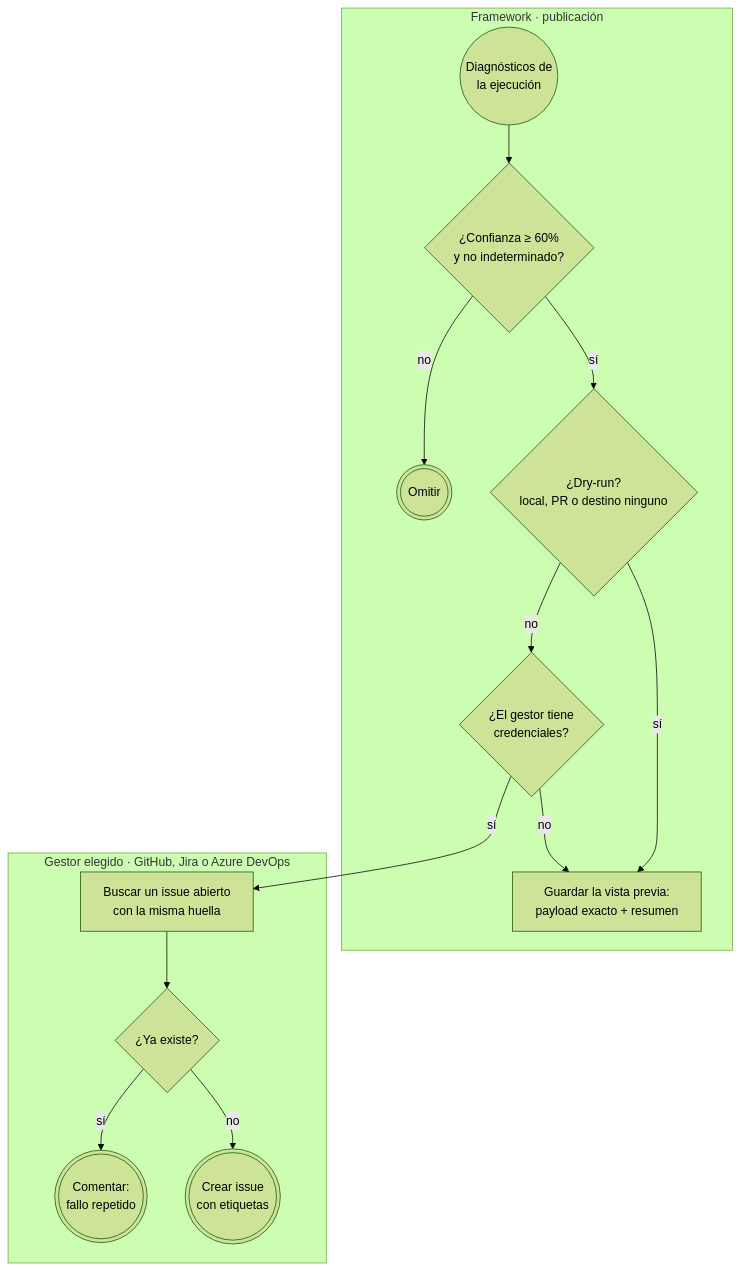
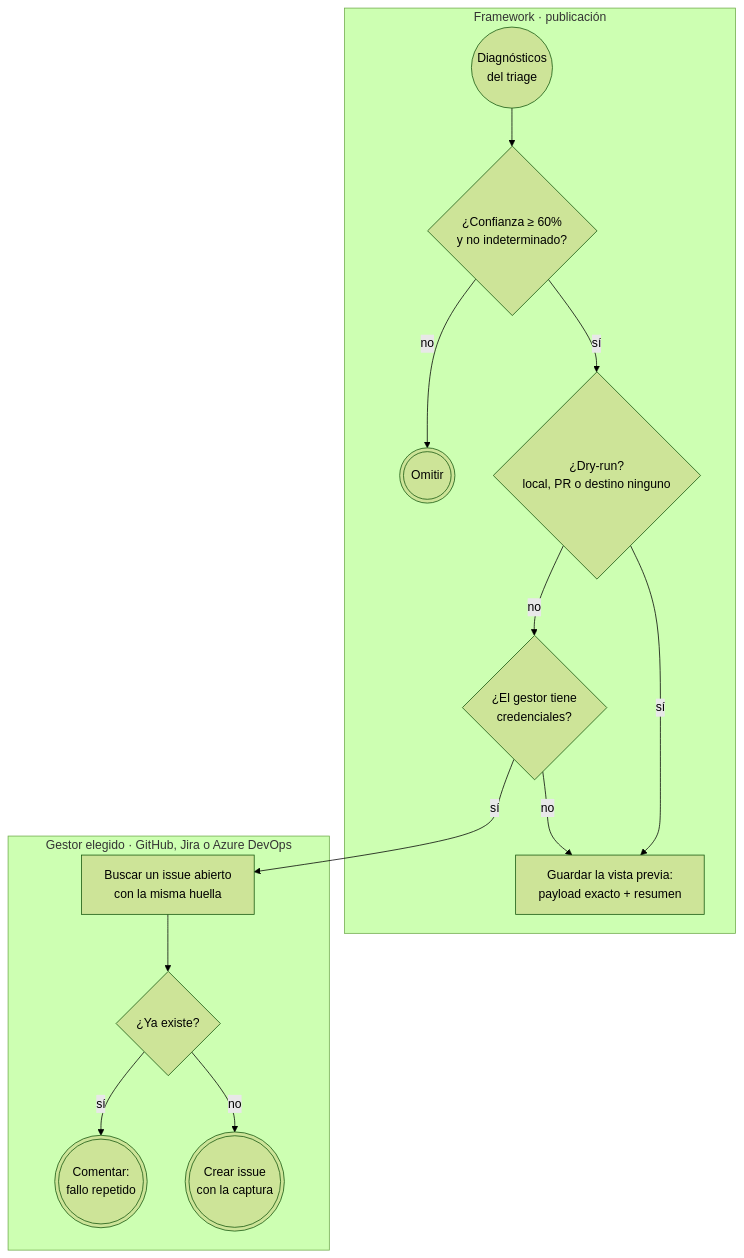
The third of 4 diagrams in README.md (pgp-qa-automation-labs/poc-selenium-cucumber), drawn with Mermaid (forest theme) before and after one commit. The commit also changed other lines of this file and 32 other files, not shown here.

First line of the commit message:
Pipeline modular de triage: evidencia, reintento, agrupación con tope y captura en los issues

````diff
--- a/README.md
+++ b/README.md
@@ -131,24 +146,24 @@
 ```mermaid
 flowchart TD
     subgraph FW["Framework · publicación"]
-        INI((Diagnósticos de<br/>la ejecución)) --> CONF{"¿Confianza ≥ 60%<br/>y no indeterminado?"}
+        INI((Diagnósticos<br/>del triage)) --> CONF{"¿Confianza ≥ 60%<br/>y no indeterminado?"}
         OMIT(((Omitir)))
         DRY{"¿Dry-run?<br/>local, PR o destino ninguno"}
         PREV["Guardar la vista previa:<br/>payload exacto + resumen"]
         CRED{"¿El gestor tiene<br/>credenciales?"}
     end
     subgraph GE["Gestor elegido · GitHub, Jira o Azure DevOps"]
         BUS["Buscar un issue abierto<br/>con la misma huella"]
         EX{"¿Ya existe?"}
         COM(((Comentar:<br/>fallo repetido)))
-        NUEVO(((Crear issue<br/>con etiquetas)))
+        NUEVO(((Crear issue<br/>con la captura)))
     end
     CONF -->|no| OMIT
     CONF -->|sí| DRY
     DRY -->|sí| PREV
     DRY -->|no| CRED
     CRED -->|no| PREV
     CRED -->|sí| BUS --> EX
     EX -->|sí| COM
     EX -->|no| NUEVO
 ```
````
